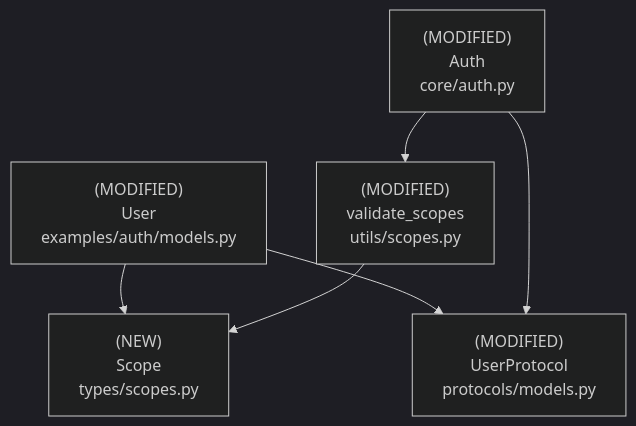
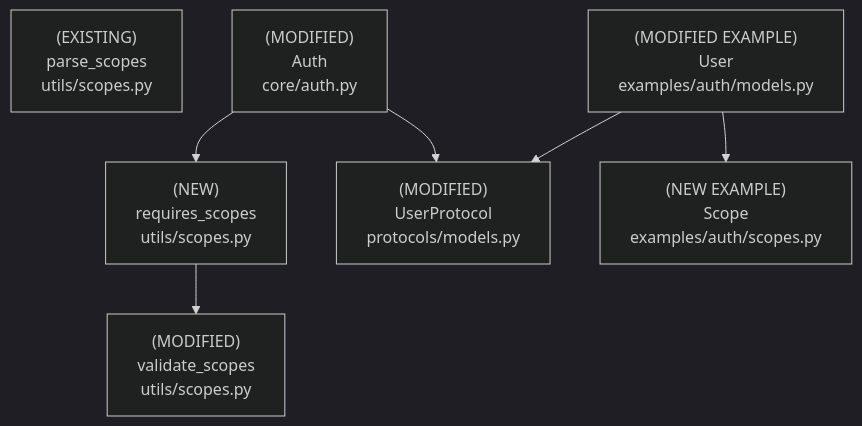
Before and after one commit to mplemay/belgie: the fourth of 4 diagrams in design/002-user-scopes-strenum.md, drawn with Mermaid (dark theme). The commit also changed other lines of this file, not shown here.

Commit message:
docs: revise design to support user-defined scope enums with array storage

````diff
--- a/design/002-user-scopes-strenum.md
+++ b/design/002-user-scopes-strenum.md
@@ -159,14 +197,17 @@
 ```mermaid
 graph TD
-    Scope["(NEW)<br/>Scope<br/>types/scopes.py"]
+    RequiresScopes["(NEW)<br/>requires_scopes<br/>utils/scopes.py"]
+    ValidateScopes["(MODIFIED)<br/>validate_scopes<br/>utils/scopes.py"]
+    ParseScopes["(EXISTING)<br/>parse_scopes<br/>utils/scopes.py"]
+    Auth["(MODIFIED)<br/>Auth<br/>core/auth.py"]
     UserProtocol["(MODIFIED)<br/>UserProtocol<br/>protocols/models.py"]
-    User["(MODIFIED)<br/>User<br/>examples/auth/models.py"]
-    ValidateScopes["(MODIFIED)<br/>validate_scopes<br/>utils/scopes.py"]
-    Auth["(MODIFIED)<br/>Auth<br/>core/auth.py"]
 
-    User --> Scope
-    User --> UserProtocol
-    ValidateScopes --> Scope
-    Auth --> ValidateScopes
+    ExampleScope["(NEW EXAMPLE)<br/>Scope<br/>examples/auth/scopes.py"]
+    ExampleUser["(MODIFIED EXAMPLE)<br/>User<br/>examples/auth/models.py"]
+
+    RequiresScopes --> ValidateScopes
+    Auth --> RequiresScopes
     Auth --> UserProtocol
+    ExampleUser --> ExampleScope
+    ExampleUser --> UserProtocol
 ```
````
